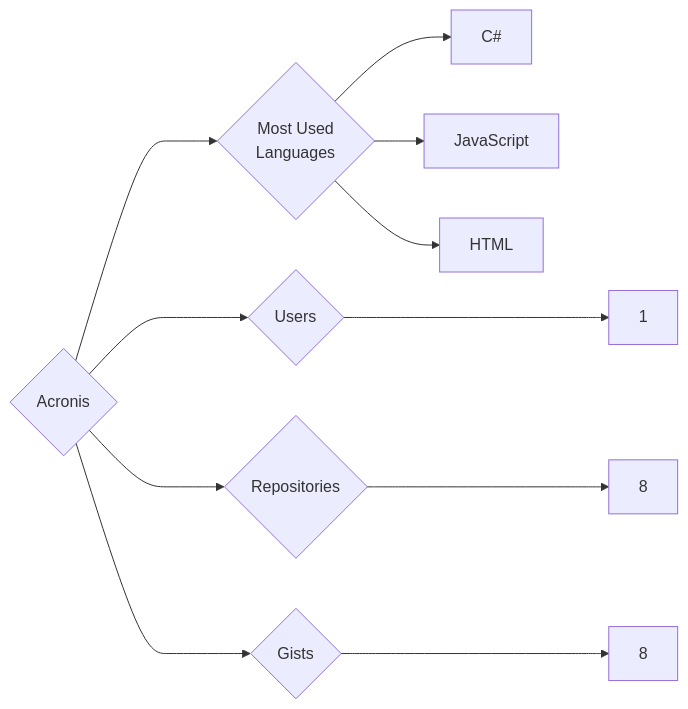
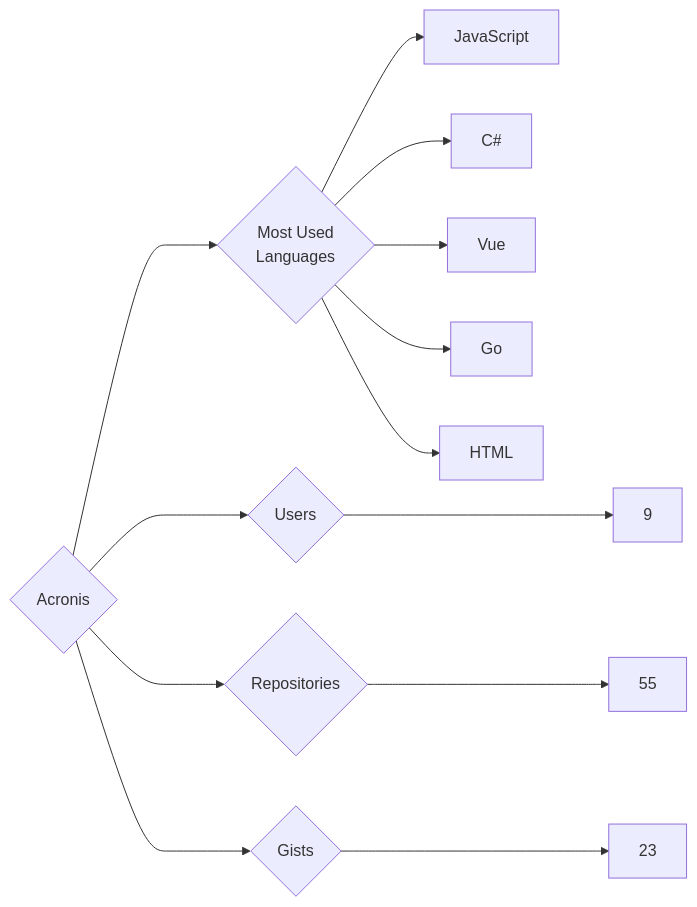
Before and after one commit to trickest/insiders: the diagram in targets/Acronis/README.md, drawn with Mermaid. The commit also changed 718 other files, not shown here.

````diff
--- a/targets/Acronis/README.md
+++ b/targets/Acronis/README.md
@@ -3,11 +3,13 @@
 ```mermaid
 graph LR
 COMPANY_NAME{Acronis}
-COMPANY_NAME ---> U{Users} ---> UN[1]
-COMPANY_NAME ---> R{Repositories} ---> RN[8]
-COMPANY_NAME ---> G{Gists} ---> GN[8]
+COMPANY_NAME ---> U{Users} ---> UN[9]
+COMPANY_NAME ---> R{Repositories} ---> RN[55]
+COMPANY_NAME ---> G{Gists} ---> GN[23]
 COMPANY_NAME ---> ML{Most Used<br>Languages}
+ML --> JavaScript[JavaScript]
 ML --> C#[C#]
-ML --> JavaScript[JavaScript]
+ML --> Vue[Vue]
+ML --> Go[Go]
 ML --> HTML[HTML]
 ```
````
